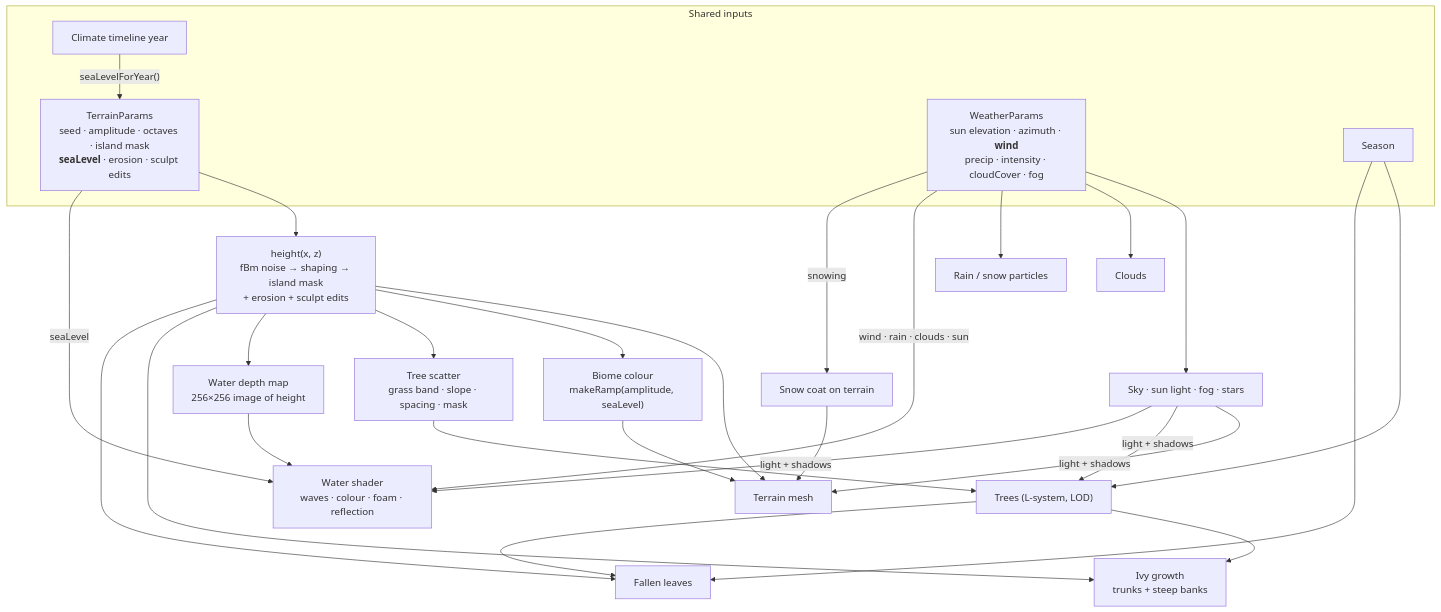
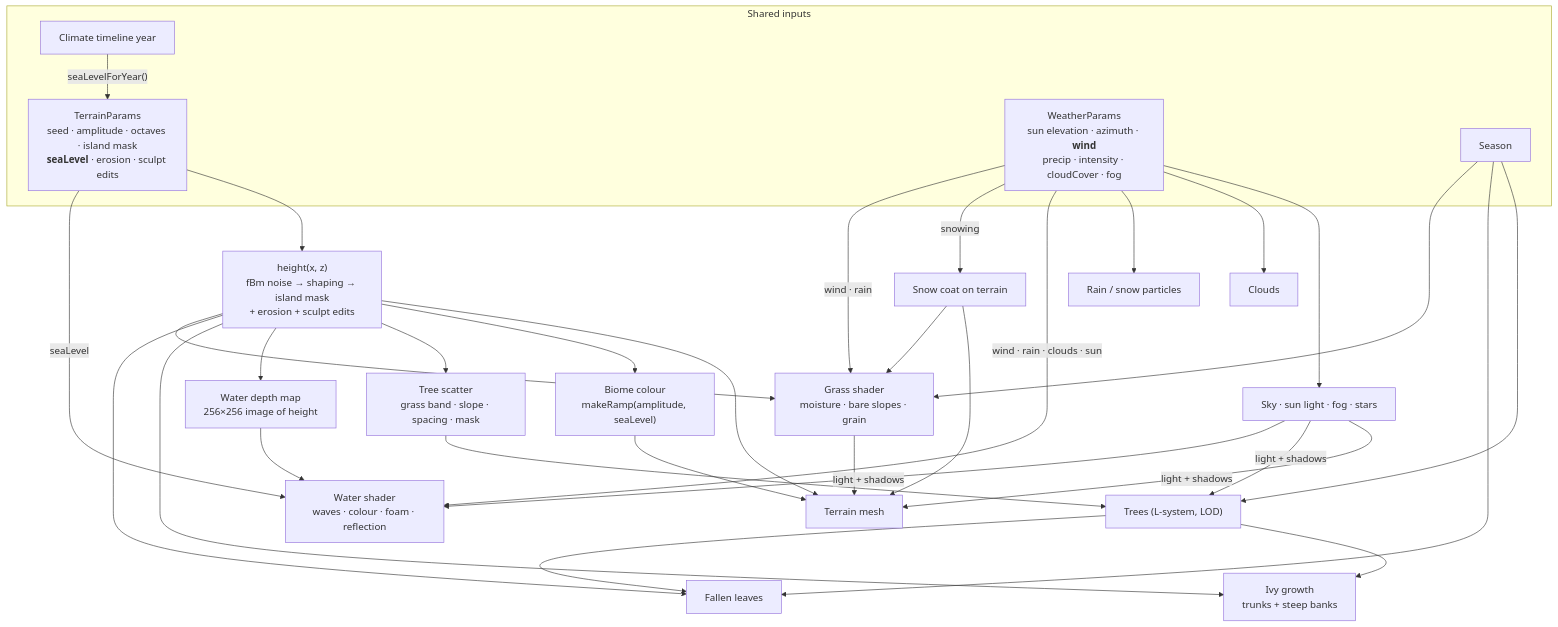
The diagram in Tutorials/How the World Fits Together.md (kmadikaegbu/procedural-world), drawn with Mermaid before and after one commit. The commit also changed other lines of this file and 40 other files, not shown here.

First line of the commit message:
Procedural grass, project timeline screenshots, scale and world notes

````diff
--- a/Tutorials/How the World Fits Together.md
+++ b/Tutorials/How the World Fits Together.md
@@ -148,39 +166,44 @@
 ```mermaid
 flowchart TD
     subgraph INPUTS["Shared inputs"]
       TP["TerrainParams<br/>seed · amplitude · octaves · island mask<br/><b>seaLevel</b> · erosion · sculpt edits"]
       WP["WeatherParams<br/>sun elevation · azimuth · <b>wind</b><br/>precip · intensity · cloudCover · fog"]
       YEAR["Climate timeline year"]
       SEASON["Season"]
     end
 
     YEAR -- "seaLevelForYear()" --> TP
     TP --> H["height(x, z)<br/>fBm noise → shaping → island mask<br/>+ erosion + sculpt edits"]
 
     H --> TERRAIN["Terrain mesh"]
     H --> BIOME["Biome colour<br/>makeRamp(amplitude, seaLevel)"]
     H --> SCATTER["Tree scatter<br/>grass band · slope · spacing · mask"]
     H --> DEPTH["Water depth map<br/>256×256 image of height"]
     H --> IVY["Ivy growth<br/>trunks + steep banks"]
     H --> LEAVES["Fallen leaves"]
 
     BIOME --> TERRAIN
     SCATTER --> TREES["Trees (L-system, LOD)"]
     TREES --> IVY
     TREES --> LEAVES
     DEPTH --> WATER["Water shader<br/>waves · colour · foam · reflection"]
     TP -- "seaLevel" --> WATER
 
     WP --> SKY["Sky · sun light · fog · stars"]
     WP --> CLOUDS["Clouds"]
     WP --> PRECIP["Rain / snow particles"]
     WP -- "wind · rain · clouds · sun" --> WATER
     WP -- "snowing" --> SNOW["Snow coat on terrain"]
     SNOW --> TERRAIN
 
     SEASON --> TREES
     SEASON --> LEAVES
+    H --> GRASS["Grass shader<br/>moisture · bare slopes · grain"]
+    SEASON --> GRASS
+    WP -- "wind · rain" --> GRASS
+    SNOW --> GRASS
+    GRASS --> TERRAIN
     SKY -- "light + shadows" --> TERRAIN
     SKY -- "light + shadows" --> TREES
     SKY -- "light + shadows" --> WATER
 ```
````
